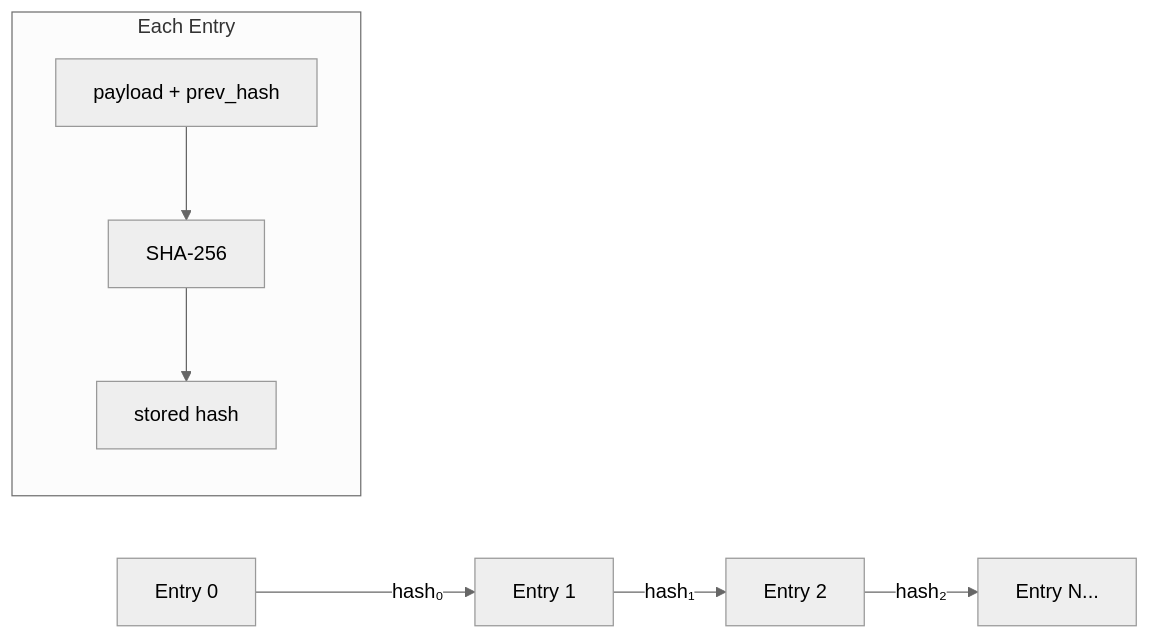
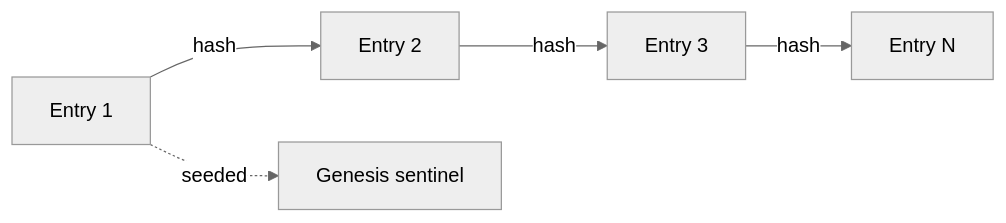
The diagram in other-librefang-runtime-audit.md (leszek3737/librefang-WIki), drawn with Mermaid (neutral theme) before and after one commit. The commit also changed other lines of this file and 119 other files, not shown here.

````diff
--- a/other-librefang-runtime-audit.md
+++ b/other-librefang-runtime-audit.md
@@ -13,10 +13,7 @@
 ```mermaid
 flowchart LR
-    E1[Entry 0] -->|"hash₀"| E2[Entry 1]
-    E2 -->|"hash₁"| E3[Entry 2]
-    E3 -->|"hash₂"| E4[Entry N...]
-    
-    subgraph "Each Entry"
-        payload[payload + prev_hash] --> sha["SHA-256"] --> stored["stored hash"]
-    end
+    E1[Entry 1] -->|hash| E2[Entry 2]
+    E2 -->|hash| E3[Entry 3]
+    E3 -->|hash| EN[Entry N]
+    E1 -.->|seeded| S[Genesis sentinel]
 ```
````
